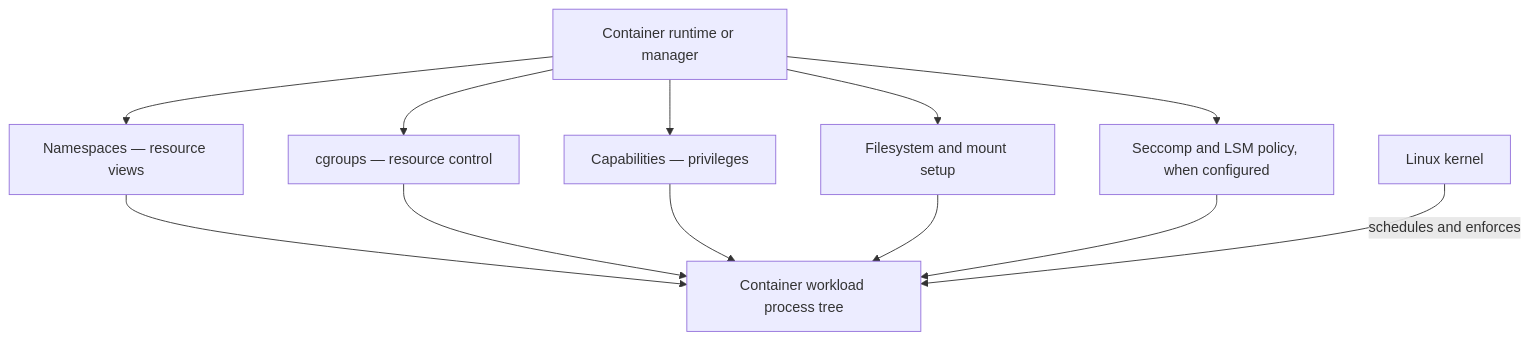
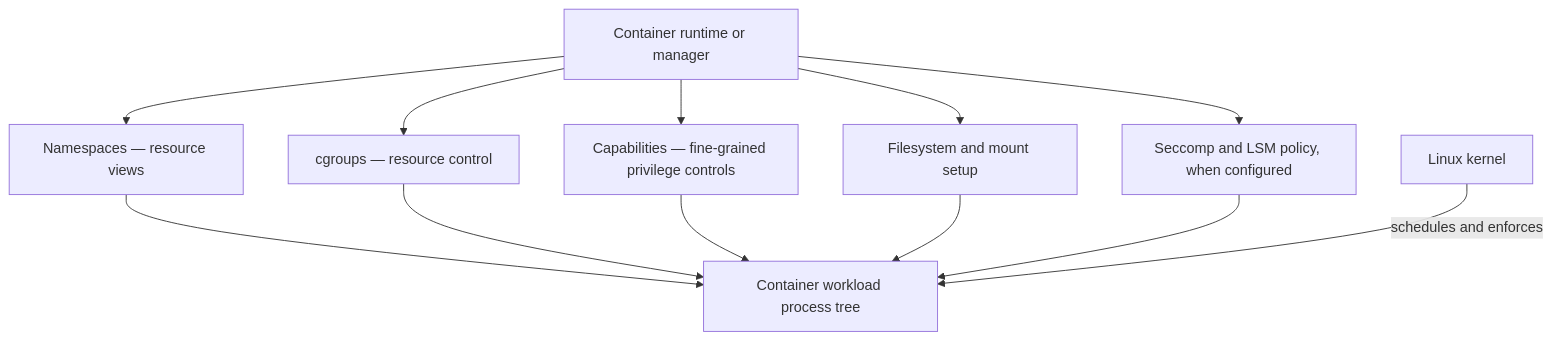
One commit to yul1ux/linux-containers-under-the-hood changed the third of 5 diagrams in docs/part-01-fundamentals/chapter-01-understanding-containers.md. Above: the diagram before and after it, drawn with Mermaid. The commit also changed other lines of this file and 2 other files, not shown here.

````diff
--- a/docs/part-01-fundamentals/chapter-01-understanding-containers.md
+++ b/docs/part-01-fundamentals/chapter-01-understanding-containers.md
@@ -236,15 +211,15 @@
 ```mermaid
 flowchart TB
     R[Container runtime or manager]
     R --> N["Namespaces — resource views"]
     R --> C["cgroups — resource control"]
-    R --> P["Capabilities — privileges"]
+    R --> P["Capabilities — fine-grained privilege controls"]
     R --> F["Filesystem and mount setup"]
     R --> S["Seccomp and LSM policy, when configured"]
     N --> W[Container workload process tree]
     C --> W
     P --> W
     F --> W
     S --> W
     K[Linux kernel] -->|schedules and enforces| W
 ```
````
